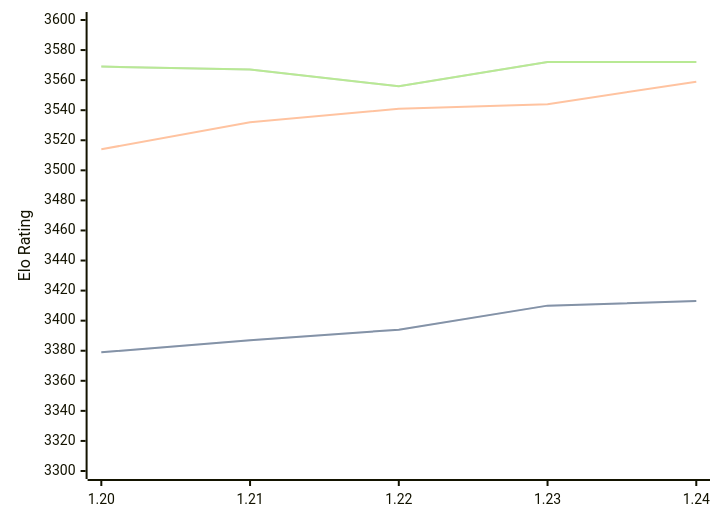
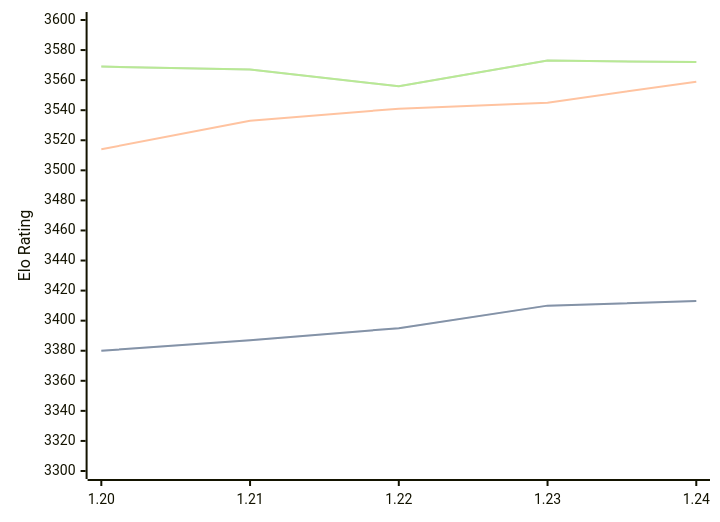
Before and after one commit to computer-chess-index/cci: the diagram in engines/Caissa.md, drawn with Mermaid. The commit also changed other lines of this file, not shown here.

Commit message:
Update CCI Ratings (ELO VLTC) - 2026-04-03

````diff
--- a/engines/Caissa.md
+++ b/engines/Caissa.md
@@ -64,11 +64,11 @@
 ```mermaid
 %%{init: {"theme":"base","themeVariables":{"seriesColors:['#a3a3a3','#222221','#faa371']}}}%%
 xychart-beta
   x-axis ["1.20", "1.21", "1.22", "1.23", "1.24"]
   y-axis "Elo Rating" 3300 --> 3600
-  line "STC (8.0+0.08s)" [3379, 3387, 3394, 3410, 3413]
-  line "STC (8.0+0.08s)" [3379, 3387, 3394, 3410, 3413]
-  line "LTC (60.0+0.60s)" [3514, 3532, 3541, 3544, 3559]
-  line "VLTC (2m24s+1.12s)" [3569, 3567, 3556, 3572, 3572]
-  line "VLTC (2m24s+1.12s)" [3569, 3567, 3556, 3572, 3572]
+  line "STC (8.0+0.08s)" [3380, 3387, 3395, 3410, 3413]
+  line "STC (8.0+0.08s)" [3380, 3387, 3395, 3410, 3413]
+  line "LTC (60.0+0.60s)" [3514, 3533, 3541, 3545, 3559]
+  line "VLTC (2m24s+1.12s)" [3569, 3567, 3556, 3573, 3572]
+  line "VLTC (2m24s+1.12s)" [3569, 3567, 3556, 3573, 3572]
 ```
````
